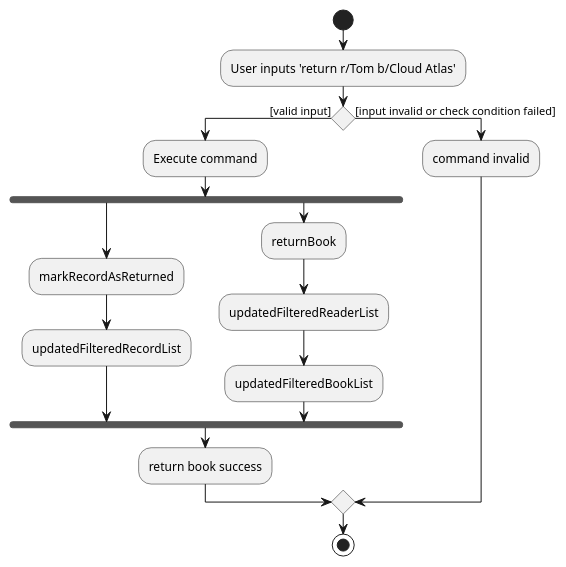
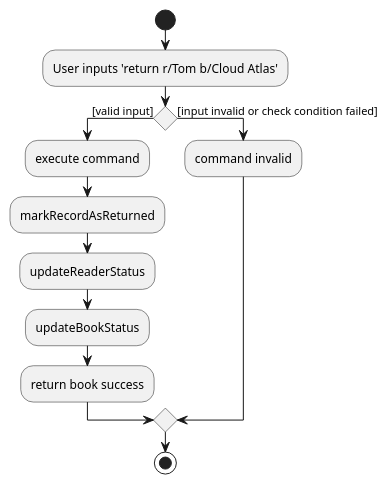
Before and after one commit to nus-cs2103-AY2021S2/tp: the diagram in docs/diagrams/ReturnActivityDiagram.puml, drawn with PlantUML. The commit also changed 1 other file, not shown here.

Commit message:
borrow return dg

```diff
--- a/docs/diagrams/ReturnActivityDiagram.puml
+++ b/docs/diagrams/ReturnActivityDiagram.puml
@@ -1,23 +1,18 @@
 @startuml
 start
 :User inputs 'return r/Tom b/Cloud Atlas';
 
 'Since the beta syntax does not support placing the condition outside the
 'diamond we place it as the true branch instead.
 
 if () then ([valid input])
-    :Execute command;
-    fork
-        :markRecordAsReturned;
-        :updatedFilteredRecordList;
-    fork again
-        :returnBook;
-        :updatedFilteredReaderList;
-        :updatedFilteredBookList;
-    end fork
+    :execute command;
+    :markRecordAsReturned;
+    :updateReaderStatus;
+    :updateBookStatus;
     :return book success;
 else ([input invalid or check condition failed])
     :command invalid;
 endif
 stop
 @enduml
```
